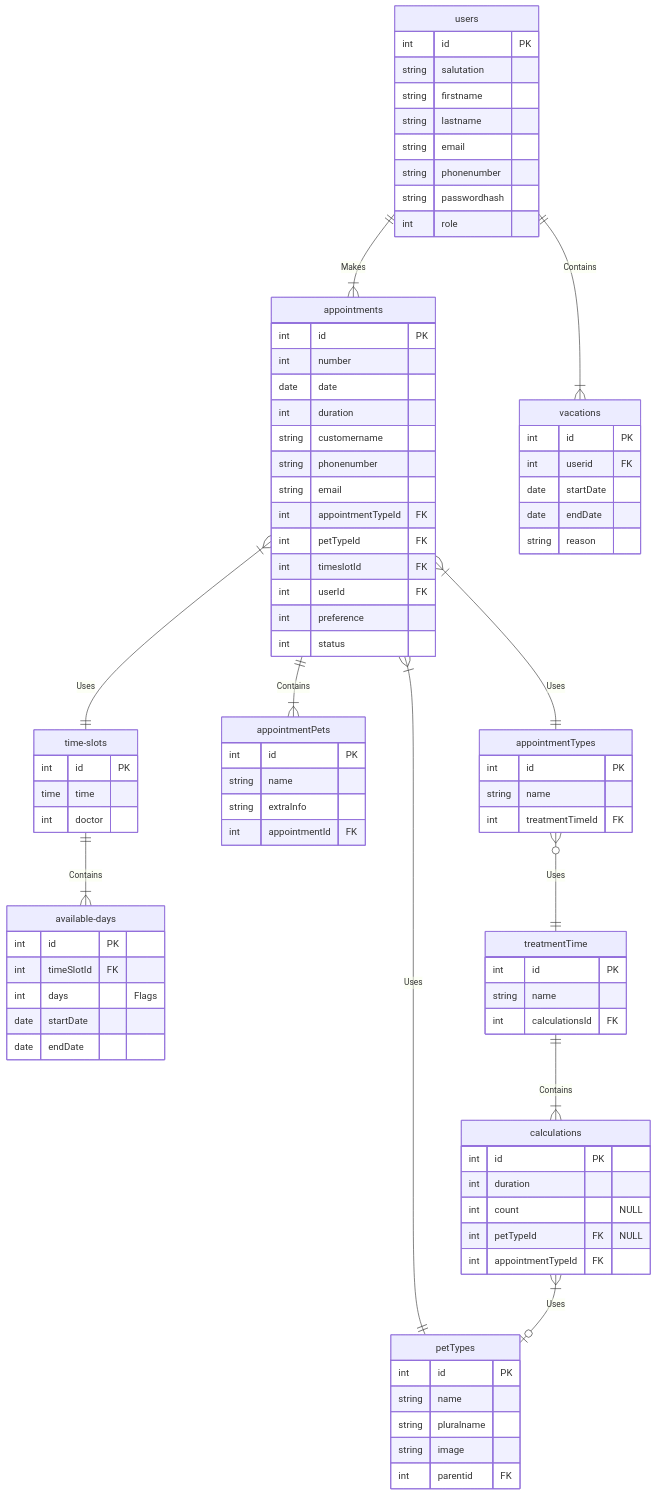
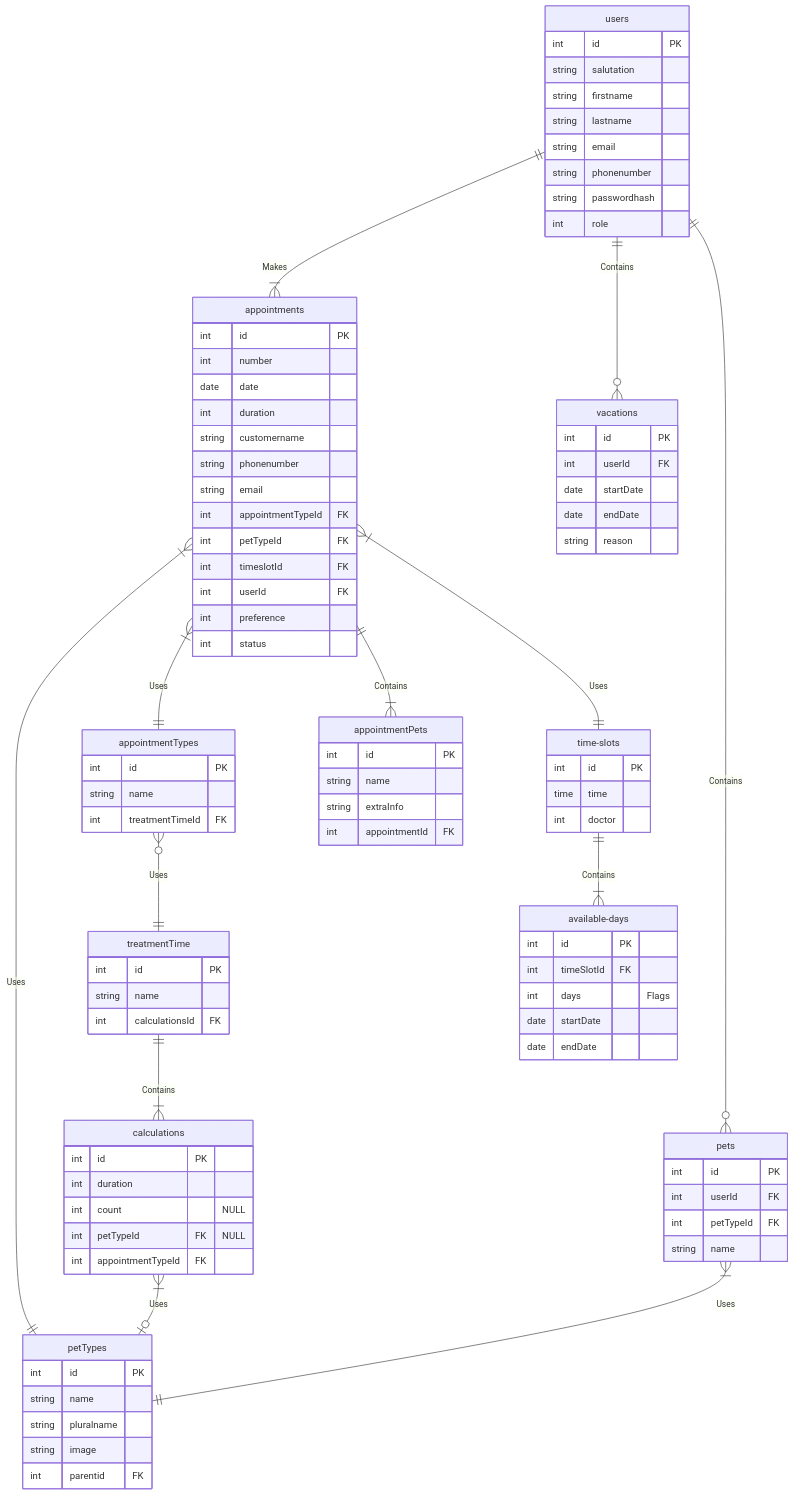
Before and after one commit to Educom-Trainees/educom-dierenartsen: the diagram in BackendASP/Designs/mermaiderd.md, drawn with Mermaid.

Commit message:
updated ERD, added userpets

````diff
--- a/BackendASP/Designs/mermaiderd.md
+++ b/BackendASP/Designs/mermaiderd.md
@@ -45,7 +45,8 @@
     }
 
     users ||--|{ appointments : Makes
-    users ||--|{ vacations : Contains
+    users ||--o{ vacations : Contains
+    users ||--o{ pets : Contains
     users {
         int    id                PK
         string salutation
@@ -57,9 +58,17 @@
         int role
     }
 
+    pets }|--|| petTypes : Uses
+    pets {
+        int id PK
+        int userId FK
+        int petTypeId FK
+        string name
+    }
+
     vacations {
         int id PK
-        int userid FK
+        int userId FK
         date startDate
         date endDate
         string reason
@@ -94,4 +103,5 @@
         int petTypeId         FK "NULL"
         int appointmentTypeId          FK
     }
+
 ```
````
